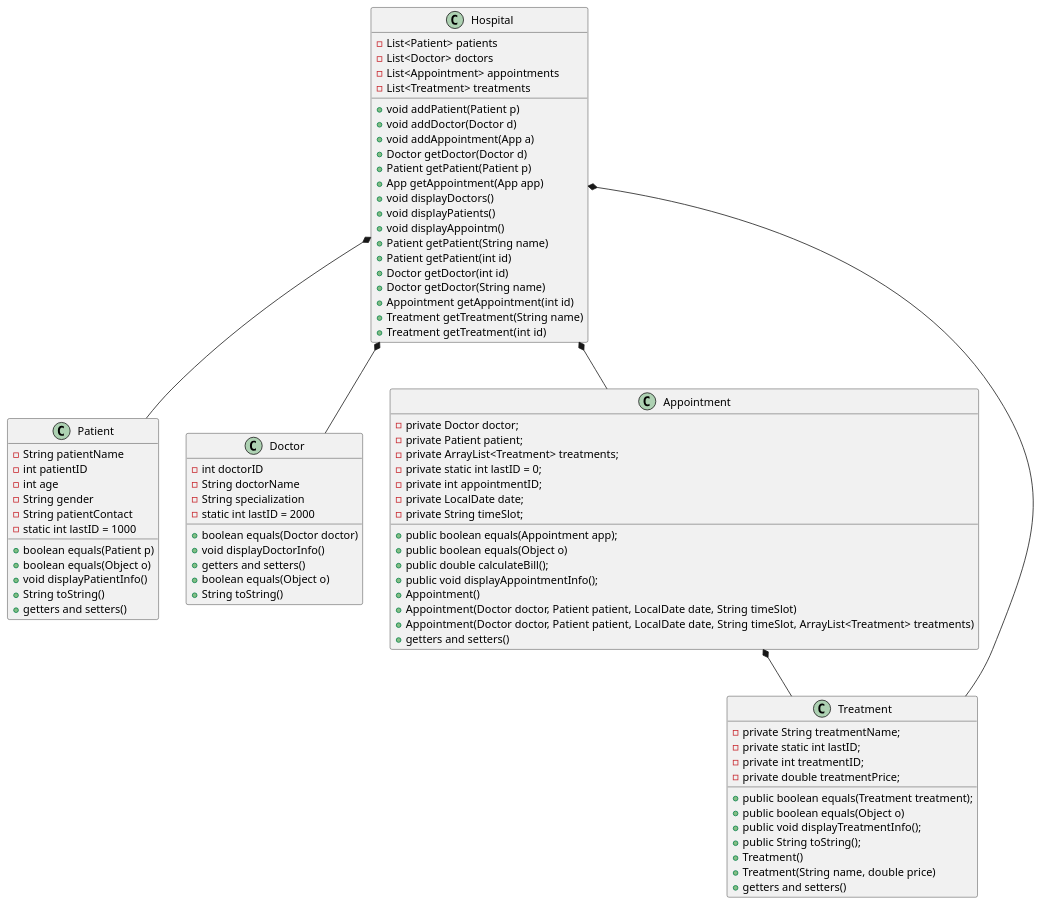
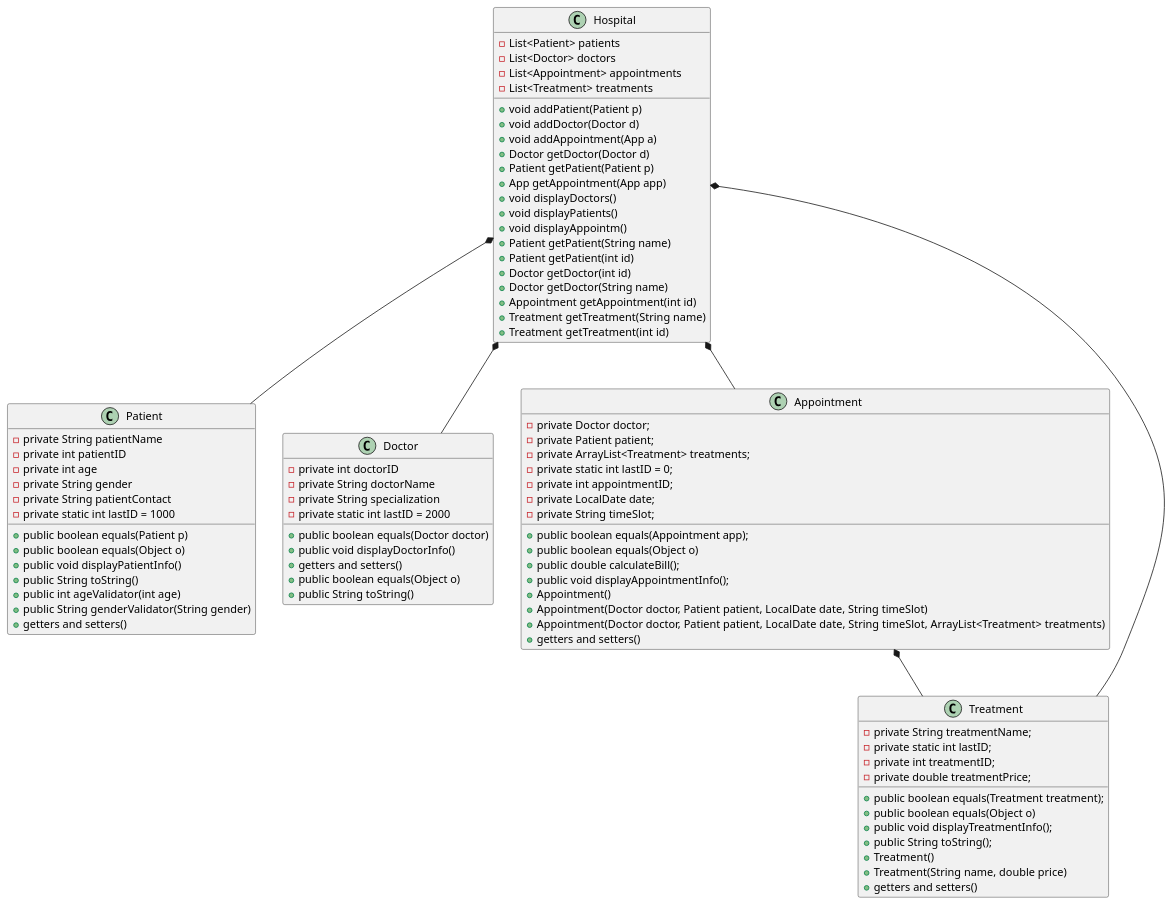
Before and after one commit to StudentsOnly/43-java-recap-project1-teamBr1: the diagram in Diagram.puml, drawn with PlantUML.

```diff
--- a/Diagram.puml
+++ b/Diagram.puml
@@ -1,92 +1,94 @@
 @startuml
 
 class Hospital {
     - List<Patient> patients
     - List<Doctor> doctors
     - List<Appointment> appointments
     - List<Treatment> treatments
     + void addPatient(Patient p)
     + void addDoctor(Doctor d)
     + void addAppointment(App a)
     + Doctor getDoctor(Doctor d)
     + Patient getPatient(Patient p)
     + App getAppointment(App app)
     + void displayDoctors()
     + void displayPatients()
     + void displayAppointm()
     + Patient getPatient(String name)
     + Patient getPatient(int id)
     + Doctor getDoctor(int id)
     + Doctor getDoctor(String name)
     + Appointment getAppointment(int id)
     + Treatment getTreatment(String name)
     + Treatment getTreatment(int id)
 }
 
 class Patient {
-    - String patientName
-    - int patientID
-    - int age
-    - String gender
-    - String patientContact
-    - static int lastID = 1000
-    + boolean equals(Patient p)
-    + boolean equals(Object o)
-    + void displayPatientInfo()
-    + String toString()
+    - private String patientName
+    - private int patientID
+    - private int age
+    - private String gender
+    - private String patientContact
+    - private static int lastID = 1000
+    + public boolean equals(Patient p)
+    + public boolean equals(Object o)
+    + public void displayPatientInfo()
+    + public String toString()
+    + public int ageValidator(int age)
+    + public String genderValidator(String gender)
     + getters and setters()
 
 }
 
 class Doctor {
-    - int doctorID
-    - String doctorName
-    - String specialization
-    - static int lastID = 2000
-    + boolean equals(Doctor doctor)
-    + void displayDoctorInfo()
+    - private int doctorID
+    - private String doctorName
+    - private String specialization
+    - private static int lastID = 2000
+    + public boolean equals(Doctor doctor)
+    + public void displayDoctorInfo()
     + getters and setters()
-    + boolean equals(Object o)
-    + String toString()
+    + public boolean equals(Object o)
+    + public String toString()
 
 }
 
 class Appointment {
     - private Doctor doctor;
     - private Patient patient;
     - private ArrayList<Treatment> treatments;
     - private static int lastID = 0;
     - private int appointmentID;
     - private LocalDate date;
     - private String timeSlot;
     + public boolean equals(Appointment app);
     + public boolean equals(Object o)
     + public double calculateBill();
     + public void displayAppointmentInfo();
     + Appointment()
     + Appointment(Doctor doctor, Patient patient, LocalDate date, String timeSlot)
     + Appointment(Doctor doctor, Patient patient, LocalDate date, String timeSlot, ArrayList<Treatment> treatments)
     + getters and setters()
 }
 
 class Treatment {
     - private String treatmentName;
     - private static int lastID;
     - private int treatmentID;
     - private double treatmentPrice;
     + public boolean equals(Treatment treatment);
     + public boolean equals(Object o)
     + public void displayTreatmentInfo();
     + public String toString();
     + Treatment()
     + Treatment(String name, double price)
     + getters and setters()
 }
 
 Hospital *-- Patient
 Hospital *-- Doctor
 Hospital *-- Appointment
 Hospital *-- Treatment
 Appointment *-- Treatment
 
 @enduml
```
